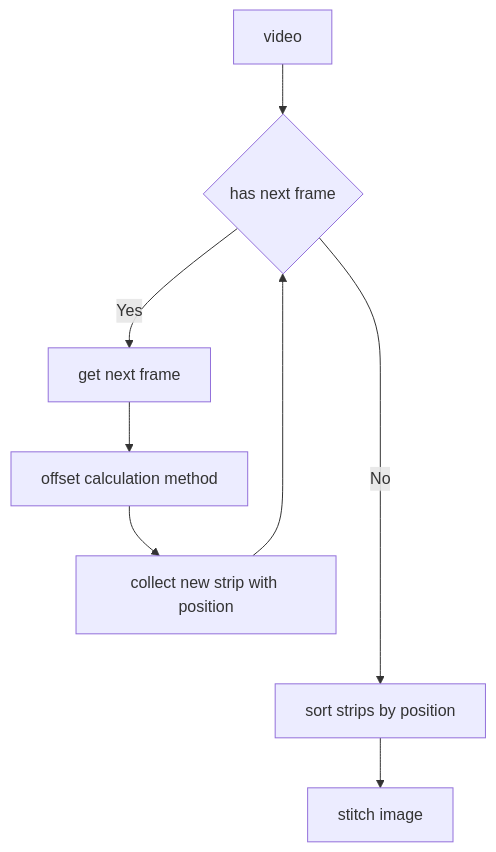
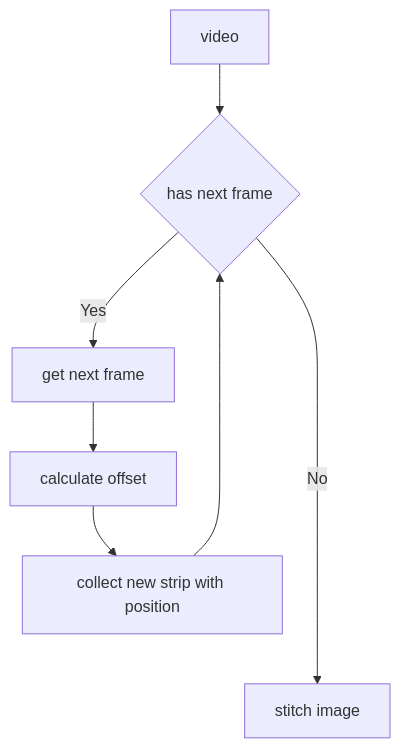
Before and after one commit to mbruckschwaiger/variable-strip-photography: the diagram in vsp.md, drawn with Mermaid.

Commit message:
simplify workflow

````diff
--- a/vsp.md
+++ b/vsp.md
@@ -3,13 +3,12 @@
 ```mermaid
 
 flowchart TD
 	
 	V[video] --> QNF{has next frame}
 	QNF -- Yes --> F[get next frame]
-	F --> M[offset calculation method]
+	F --> M[calculate offset]
 	M --> C[collect new strip with position]
 	C --> QNF
-	QNF -- No -----> S[sort strips by position]
-	S --> SI[stitch image]
+	QNF -- No -----> SI[stitch image]
 
 ```
````
